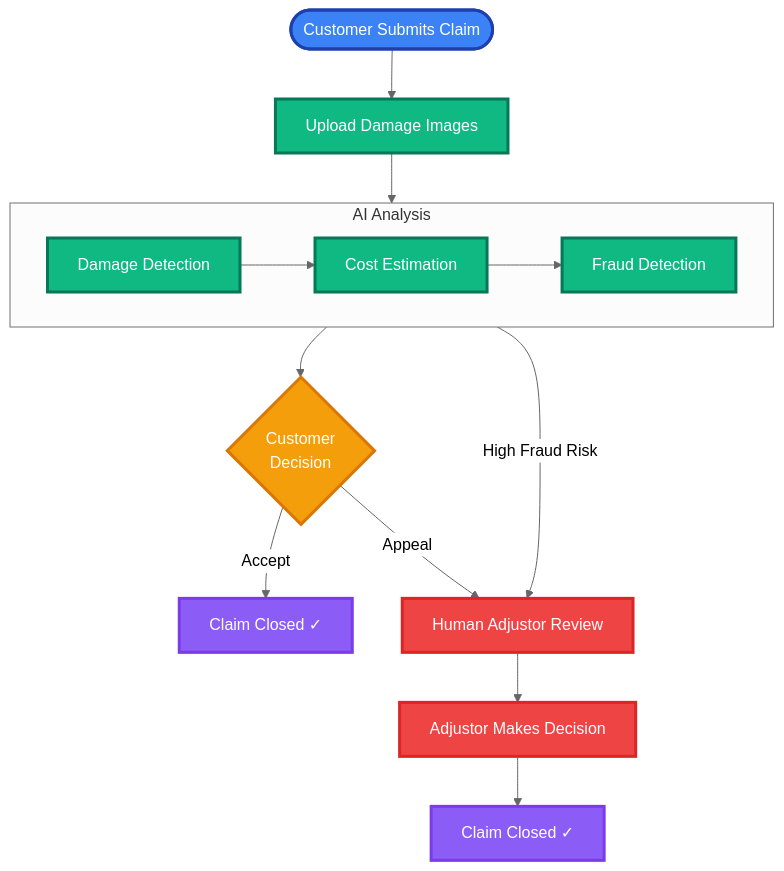
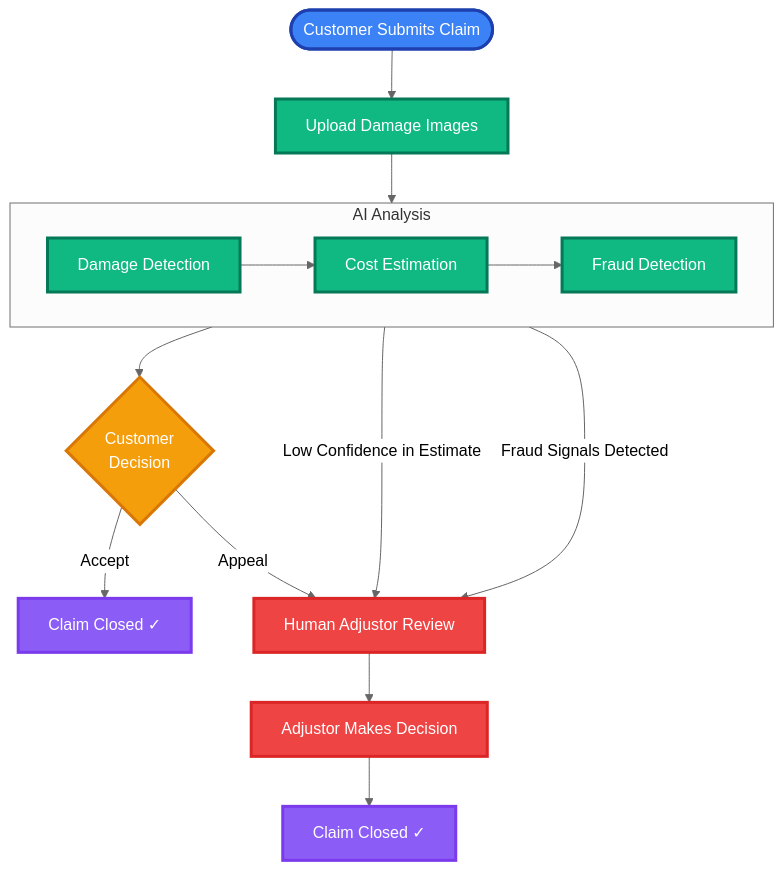
Before and after one commit to acloudfan/Acme-Claim-Management-Solution: the diagram in specifications/diagrams/claims-ai-use-case.mmd, drawn with Mermaid (neutral theme).

Commit message:
updated diagram

```diff
--- a/specifications/diagrams/claims-ai-use-case.mmd
+++ b/specifications/diagrams/claims-ai-use-case.mmd
@@ -1,34 +1,38 @@
 %% AI-Powered Claims Processing - High-Level Block Diagram
 
 flowchart TD
     Start([Customer Submits Claim]) --> Upload[Upload Damage Images]
     Upload --> AI[AI Processing]
 
     subgraph AI[AI Analysis]
         direction LR
         Damage[Damage Detection] --> Estimate[Cost Estimation]
         Estimate --> Fraud[Fraud Detection]
     end
 
     AI --> Decision{Customer<br/>Decision}
 
     Decision -->|Accept| Close1[Claim Closed ✓]
     Decision -->|Appeal| Human
 
-    AI -->|High Fraud Risk| Human[Human Adjustor Review]
+    AI -->|Low Confidence in Estimate | Human[Human Adjustor Review]
+
+    AI -->|Fraud Signals Detected| Human[Human Adjustor Review]
+
+   
 
     Human --> AdjustorDecision[Adjustor Makes Decision]
     AdjustorDecision --> Close2[Claim Closed ✓]
 
     %% Styling
     classDef startClass fill:#3b82f6,stroke:#1e40af,stroke-width:3px,color:#fff
     classDef aiClass fill:#10b981,stroke:#047857,stroke-width:3px,color:#fff
     classDef decisionClass fill:#f59e0b,stroke:#d97706,stroke-width:3px,color:#fff
     classDef humanClass fill:#ef4444,stroke:#dc2626,stroke-width:3px,color:#fff
     classDef closeClass fill:#8b5cf6,stroke:#7c3aed,stroke-width:3px,color:#fff
 
     class Start startClass
     class Upload,Damage,Estimate,Fraud aiClass
     class Decision decisionClass
     class Human,AdjustorDecision humanClass
     class Close1,Close2 closeClass
```
